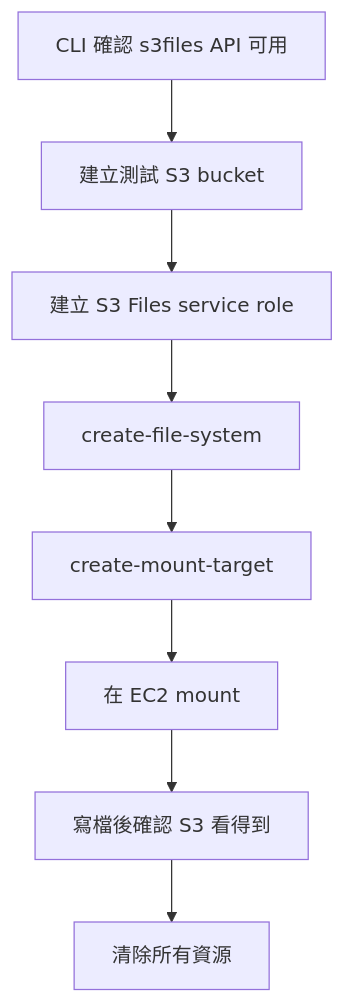
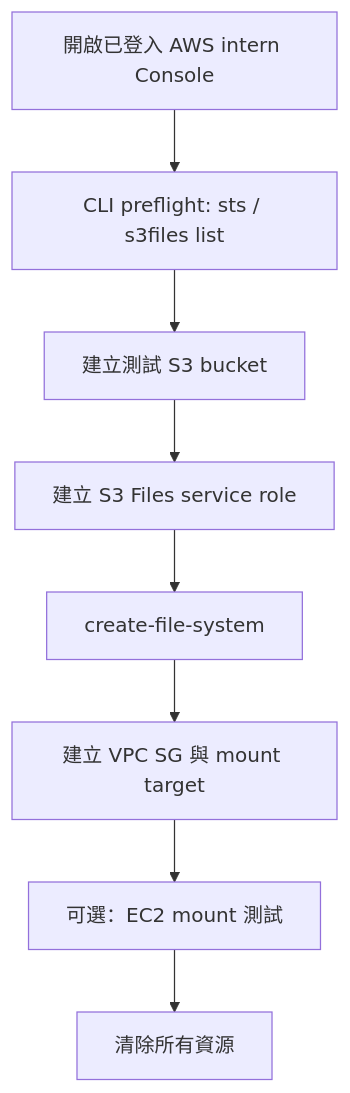
The diagram in poc/s3-files-cli-poc/S3-Files-CLI教學書-2026-07-20.md (gt52bts-dotcom/internship-tech-radar), drawn with Mermaid before and after one commit. The commit also changed other lines of this file and 2 other files, not shown here.

Commit message:
Rewrite S3 Files CLI guide for intern account

````diff
--- a/poc/s3-files-cli-poc/S3-Files-CLI教學書-2026-07-20.md
+++ b/poc/s3-files-cli-poc/S3-Files-CLI教學書-2026-07-20.md
@@ -12,10 +21,10 @@
 ```mermaid
 flowchart TD
-    A["CLI 確認 s3files API 可用"] --> B["建立測試 S3 bucket"]
-    B --> C["建立 S3 Files service role"]
-    C --> D["create-file-system"]
-    D --> E["create-mount-target"]
-    E --> F["在 EC2 mount"]
-    F --> G["寫檔後確認 S3 看得到"]
+    A["開啟已登入 AWS intern Console"] --> B["CLI preflight: sts / s3files list"]
+    B --> C["建立測試 S3 bucket"]
+    C --> D["建立 S3 Files service role"]
+    D --> E["create-file-system"]
+    E --> F["建立 VPC SG 與 mount target"]
+    F --> G["可選：EC2 mount 測試"]
     G --> H["清除所有資源"]
 ```
````
